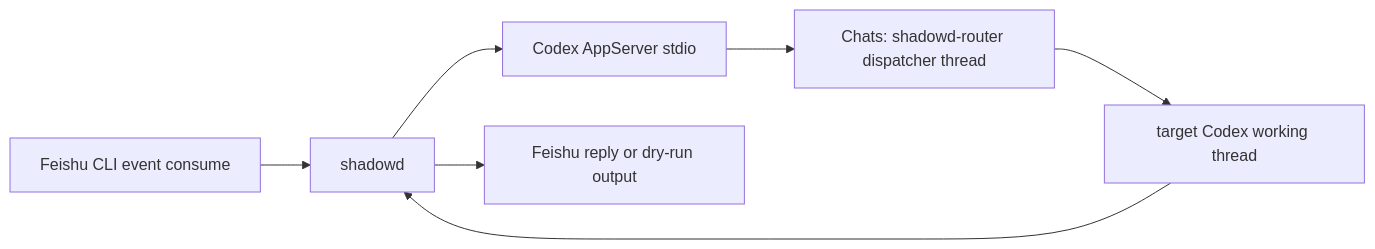
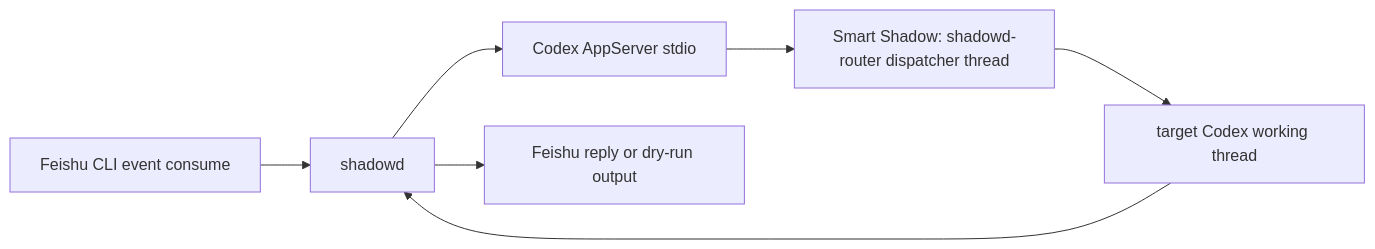
One commit to longbiaochen/smart-shadow changed the third of 3 diagrams in README.md. Above: the diagram before and after it, drawn with Mermaid. The commit also changed other lines of this file and 11 other files, not shown here.

````diff
--- a/README.md
+++ b/README.md
@@ -133,9 +220,9 @@
 ```mermaid
 flowchart LR
     Feishu["Feishu CLI event consume"] --> D["shadowd"]
     D --> AppServer["Codex AppServer stdio"]
-    AppServer --> Main["Chats: shadowd-router dispatcher thread"]
+    AppServer --> Main["Smart Shadow: shadowd-router dispatcher thread"]
     Main --> Work["target Codex working thread"]
     Work --> D
     D --> Reply["Feishu reply or dry-run output"]
 ```
````
